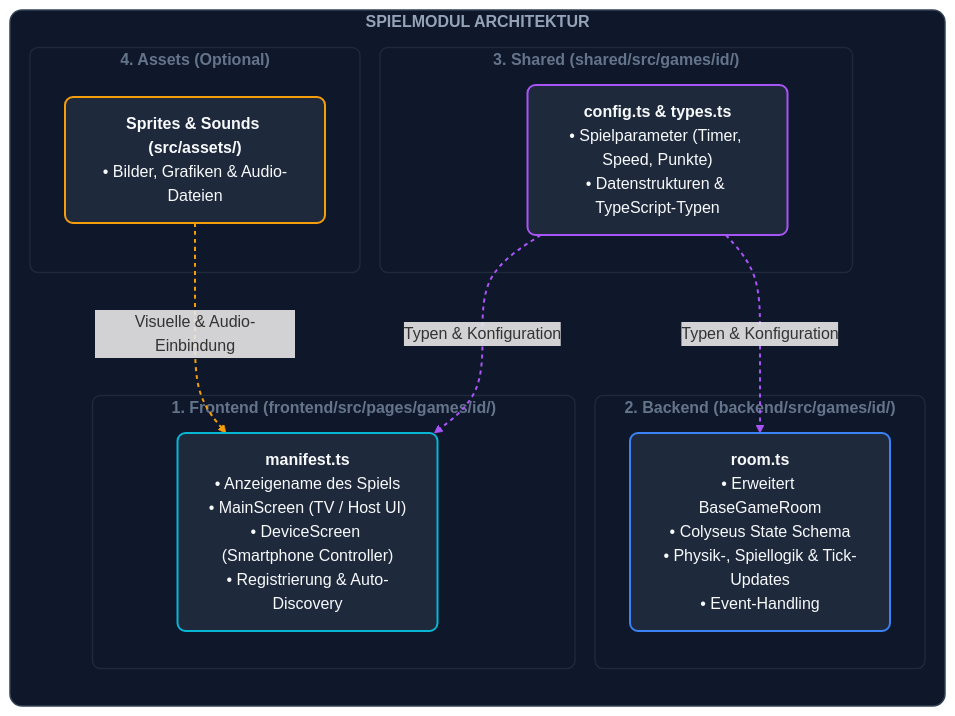
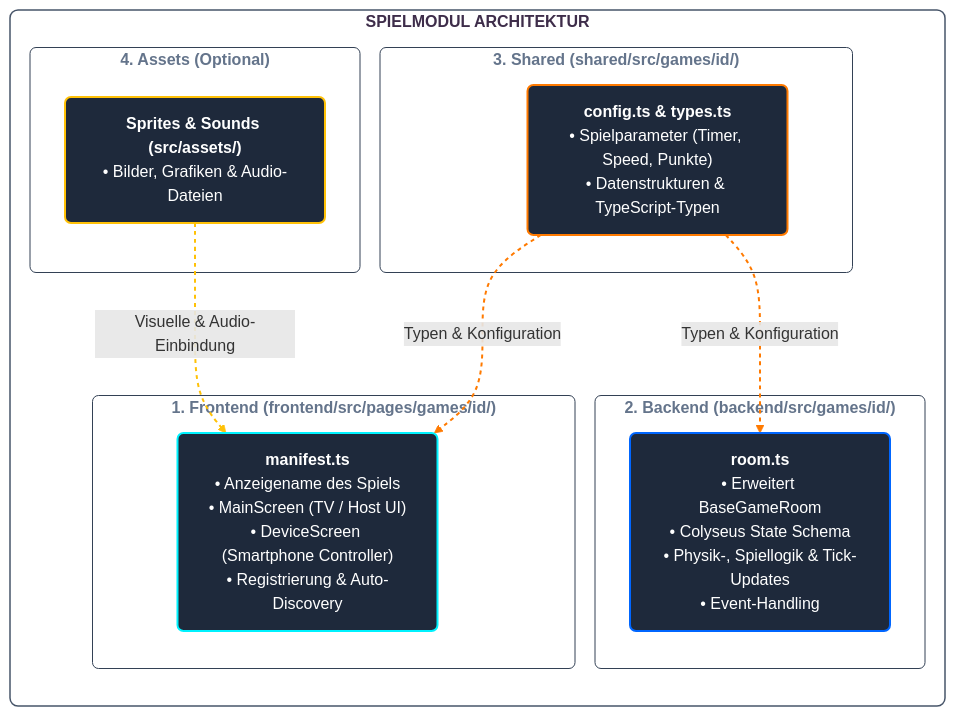
The third of 3 diagrams in content/ss26/master/m5-jugendfeuerwehr/framework.md (chrisWolter/showtime-website), drawn with Mermaid before and after one commit. The commit also changed other lines of this file and 1 other file, not shown here.

````diff
--- a/content/ss26/master/m5-jugendfeuerwehr/framework.md
+++ b/content/ss26/master/m5-jugendfeuerwehr/framework.md
@@ -156,53 +156,53 @@
 ```mermaid
 flowchart TB
     %% Visuelle Themes & Styles
-    classDef manifestNode fill:#1e293b,stroke:#06b6d4,stroke-width:2px,color:#f8fafc,rx:8px,ry:8px;
-    classDef roomNode fill:#1e293b,stroke:#3b82f6,stroke-width:2px,color:#f8fafc,rx:8px,ry:8px;
-    classDef configNode fill:#1e293b,stroke:#a855f7,stroke-width:2px,color:#f8fafc,rx:8px,ry:8px;
-    classDef assetsNode fill:#1e293b,stroke:#f59e0b,stroke-width:2px,color:#f8fafc,rx:8px,ry:8px;
+    classDef manifestNode fill:#1e293b,stroke:#00f2fe,stroke-width:2px,color:#ffffff,rx:6px,ry:6px;
+    classDef roomNode fill:#1e293b,stroke:#0066ff,stroke-width:2px,color:#ffffff,rx:6px,ry:6px;
+    classDef configNode fill:#1e293b,stroke:#ff7a00,stroke-width:2px,color:#ffffff,rx:6px,ry:6px;
+    classDef assetsNode fill:#1e293b,stroke:#ffc107,stroke-width:2px,color:#ffffff,rx:6px,ry:6px;
 
-    %% Subgraph Styling
-    style MODULE fill:#0f172a,stroke:#334155,stroke-width:1.5px,color:#94a3b8,rx:12px;
-    style FRONTEND fill:#0f172a,stroke:#1e293b,stroke-width:1.5px,color:#64748b,rx:8px;
-    style BACKEND fill:#0f172a,stroke:#1e293b,stroke-width:1.5px,color:#64748b,rx:8px;
-    style SHARED fill:#0f172a,stroke:#1e293b,stroke-width:1.5px,color:#64748b,rx:8px;
-    style OPTIONAL fill:#0f172a,stroke:#1e293b,stroke-width:1.5px,color:#64748b,rx:8px;
+    %% Subgraph Styling (Transparent)
+    style MODULE fill:none,stroke:#475569,stroke-width:1.5px,color:#3e2d4a,rx:8px;
+    style FRONTEND fill:none,stroke:#334155,stroke-width:1px,color:#64748b,rx:6px;
+    style BACKEND fill:none,stroke:#334155,stroke-width:1px,color:#64748b,rx:6px;
+    style SHARED fill:none,stroke:#334155,stroke-width:1px,color:#64748b,rx:6px;
+    style OPTIONAL fill:none,stroke:#334155,stroke-width:1px,color:#64748b,rx:6px;
 
     %% Nodes & Subgraphs
     subgraph MODULE ["<b>SPIELMODUL ARCHITEKTUR</b>"]
         direction TB
 
         subgraph SHARED ["<b>3. Shared (shared/src/games/id/)</b>"]
             Config["<b>config.ts & types.ts</b><br/>• Spielparameter (Timer, Speed, Punkte)<br/>• Datenstrukturen & TypeScript-Typen"]
         end
 
         subgraph FRONTEND ["<b>1. Frontend (frontend/src/pages/games/id/)</b>"]
             Manifest["<b>manifest.ts</b><br/>• Anzeigename des Spiels<br/>• MainScreen (TV / Host UI)<br/>• DeviceScreen (Smartphone Controller)<br/>• Registrierung & Auto-Discovery"]
         end
 
         subgraph BACKEND ["<b>2. Backend (backend/src/games/id/)</b>"]
             Room["<b>room.ts</b><br/>• Erweitert BaseGameRoom<br/>• Colyseus State Schema<br/>• Physik-, Spiellogik & Tick-Updates<br/>• Event-Handling"]
         end
 
         subgraph OPTIONAL ["<b>4. Assets (Optional)</b>"]
             Assets["<b>Sprites & Sounds (src/assets/)</b><br/>• Bilder, Grafiken & Audio-Dateien"]
         end
         
     end
 
     %% Abhängigkeiten & Datenfluss
     Config -. "Typen & Konfiguration" .-> Manifest
     Config -. "Typen & Konfiguration" .-> Room
     Assets -. "Visuelle & Audio-Einbindung" .-> Manifest
 
     %% Class Assignments
     class Manifest manifestNode;
     class Room roomNode;
     class Config configNode;
     class Assets assetsNode;
 
-    %% Link Styling (Passend zu den Akzentfarben)
-    linkStyle 0 stroke:#a855f7,stroke-width:2px,stroke-dasharray: 4 4;
-    linkStyle 1 stroke:#a855f7,stroke-width:2px,stroke-dasharray: 4 4;
-    linkStyle 2 stroke:#f59e0b,stroke-width:2px,stroke-dasharray: 4 4;
+    %% Link Styling
+    linkStyle 0 stroke:#ff7a00,stroke-width:2px,stroke-dasharray: 4 4;
+    linkStyle 1 stroke:#ff7a00,stroke-width:2px,stroke-dasharray: 4 4;
+    linkStyle 2 stroke:#ffc107,stroke-width:2px,stroke-dasharray: 4 4;
 ```
````
